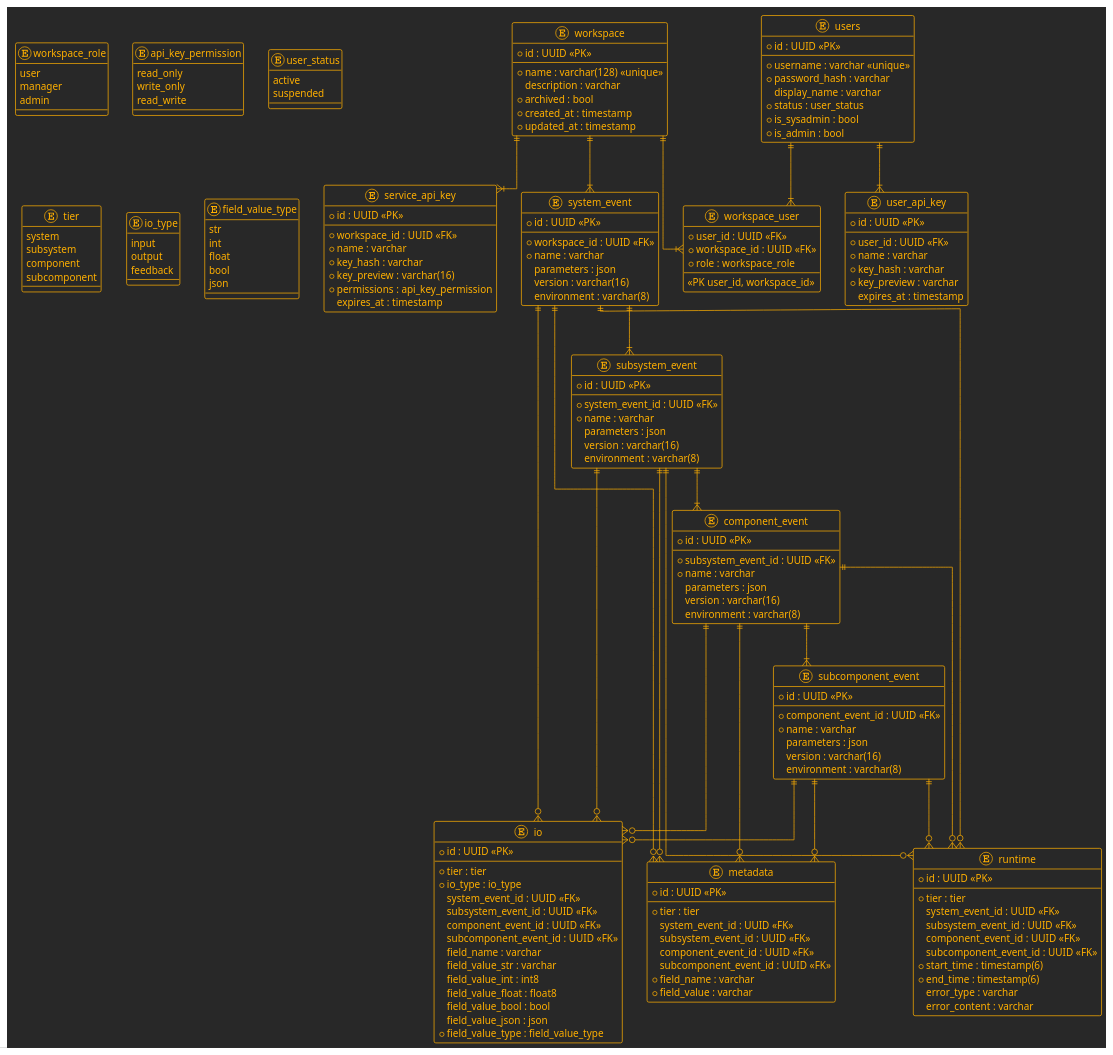
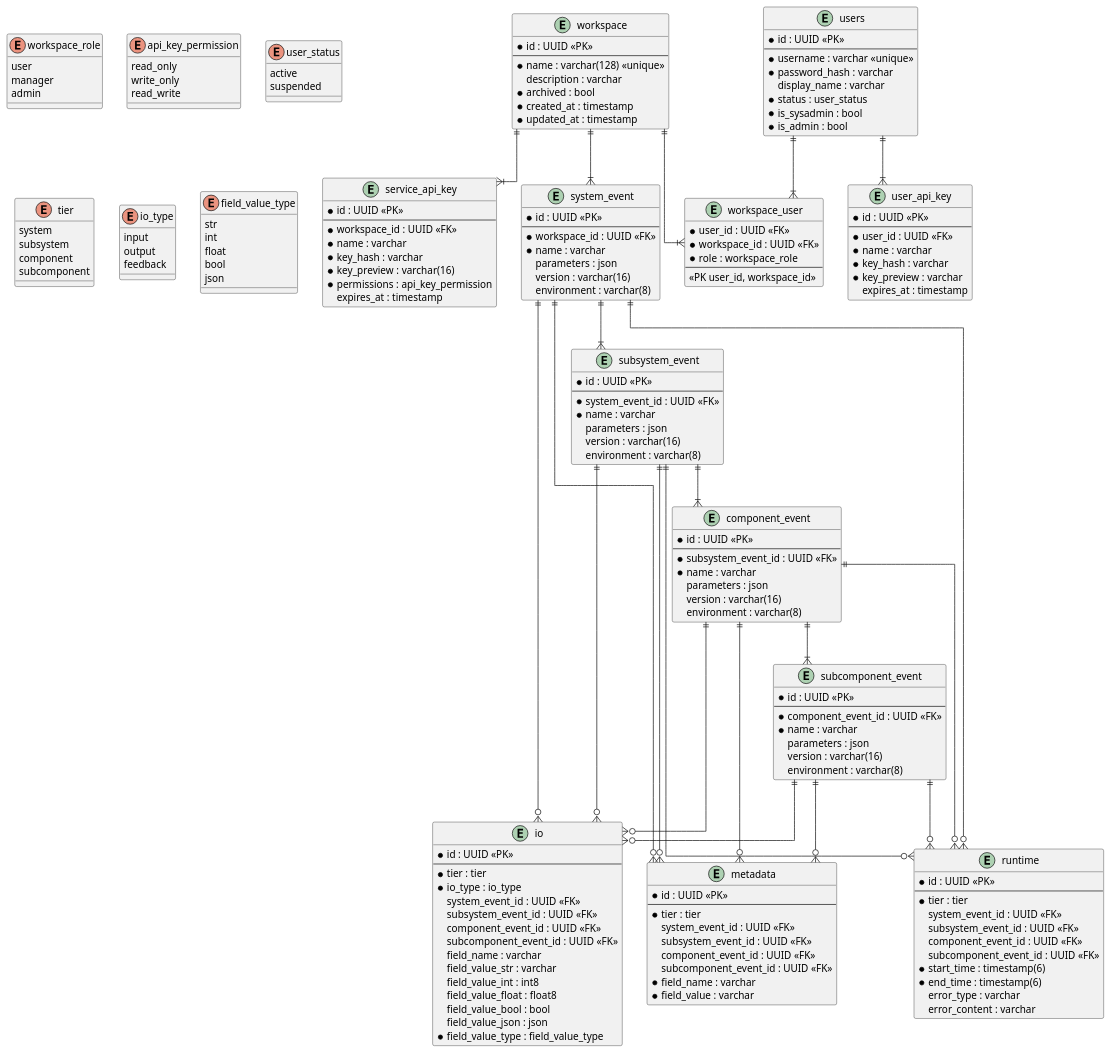
Before and after one commit to PtolemyLovesYou/ptolemy: the diagram in docs/docs/api_reference/system_diagrams/database_schema.md, drawn with PlantUML. The commit also changed 1 other file, not shown here.

Commit message:
update puml theme

````diff
--- a/docs/docs/api_reference/system_diagrams/database_schema.md
+++ b/docs/docs/api_reference/system_diagrams/database_schema.md
@@ -3,6 +3,6 @@
 ```puml
 @startuml DatabaseSchema
-!theme crt-amber
+
 skinparam linetype ortho
 
 ' Enums
````
